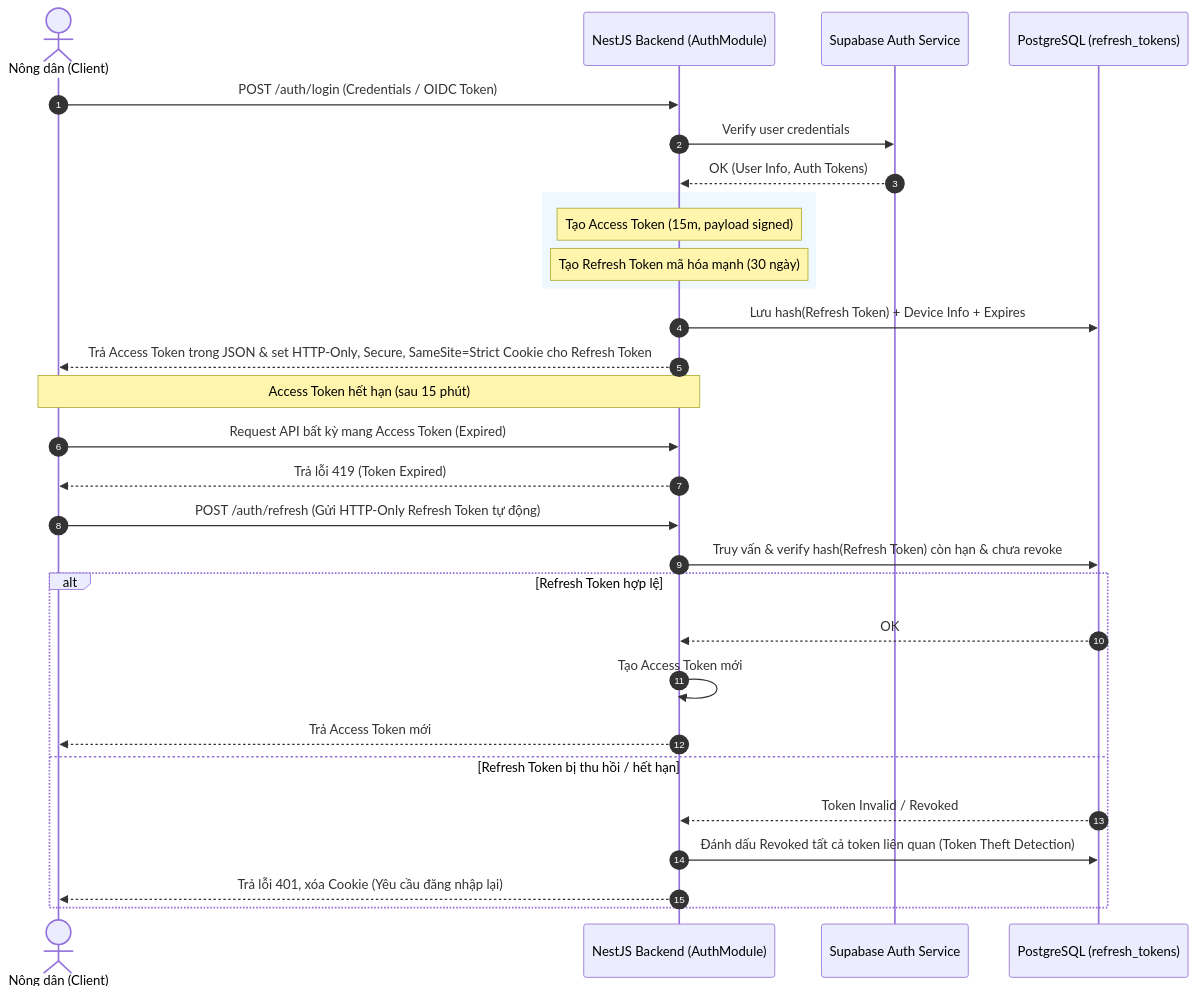
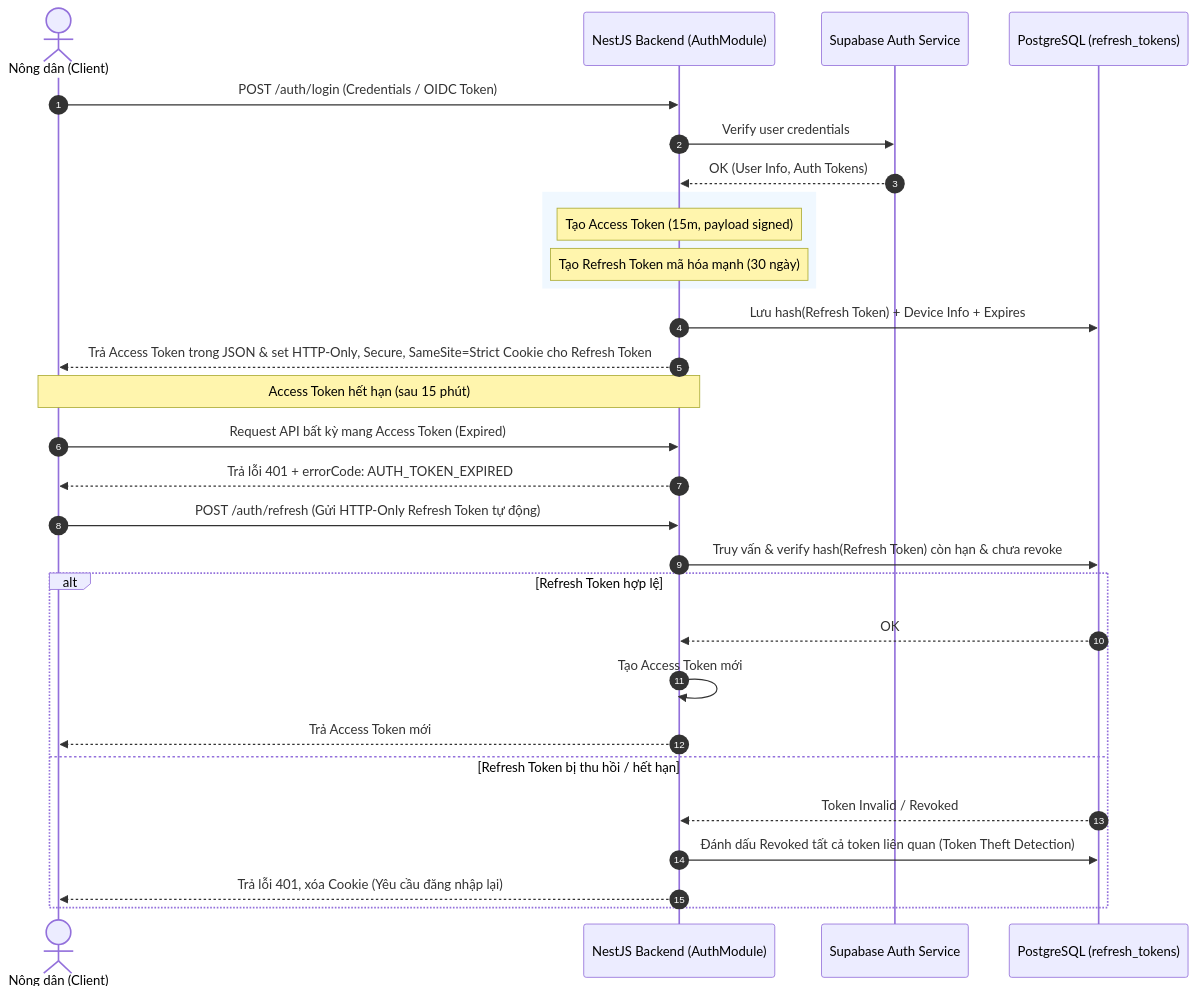
One commit to jayykioh/farmy-frontend changed the second of 5 diagrams in openspec/specs/architecture.md. Above: the diagram before and after it, drawn with Mermaid. The commit also changed other lines of this file and 5 other files, not shown here.

````diff
--- a/openspec/specs/architecture.md
+++ b/openspec/specs/architecture.md
@@ -105,38 +105,38 @@
 ```mermaid
 sequenceDiagram
     autonumber
     actor User as Nông dân (Client)
     participant Nest as NestJS Backend (AuthModule)
     participant Supa as Supabase Auth Service
     participant DB as PostgreSQL (refresh_tokens)
 
     User->>Nest: POST /auth/login (Credentials / OIDC Token)
     Nest->>Supa: Verify user credentials
     Supa-->>Nest: OK (User Info, Auth Tokens)
     
     rect rgb(240, 248, 255)
         Note over Nest: Tạo Access Token (15m, payload signed)
         Note over Nest: Tạo Refresh Token mã hóa mạnh (30 ngày)
     end
     
     Nest->>DB: Lưu hash(Refresh Token) + Device Info + Expires
     Nest-->>User: Trả Access Token trong JSON & set HTTP-Only, Secure, SameSite=Strict Cookie cho Refresh Token
     
     Note over User, Nest: Access Token hết hạn (sau 15 phút)
     
     User->>Nest: Request API bất kỳ mang Access Token (Expired)
-    Nest-->>User: Trả lỗi 419 (Token Expired)
+    Nest-->>User: Trả lỗi 401 + errorCode: AUTH_TOKEN_EXPIRED
     
     User->>Nest: POST /auth/refresh (Gửi HTTP-Only Refresh Token tự động)
     Nest->>DB: Truy vấn & verify hash(Refresh Token) còn hạn & chưa revoke
     
     alt Refresh Token hợp lệ
         DB-->>Nest: OK
         Nest->>Nest: Tạo Access Token mới
         Nest-->>User: Trả Access Token mới
     else Refresh Token bị thu hồi / hết hạn
         DB-->>Nest: Token Invalid / Revoked
         Nest->>DB: Đánh dấu Revoked tất cả token liên quan (Token Theft Detection)
         Nest-->>User: Trả lỗi 401, xóa Cookie (Yêu cầu đăng nhập lại)
     end
 ```
````
